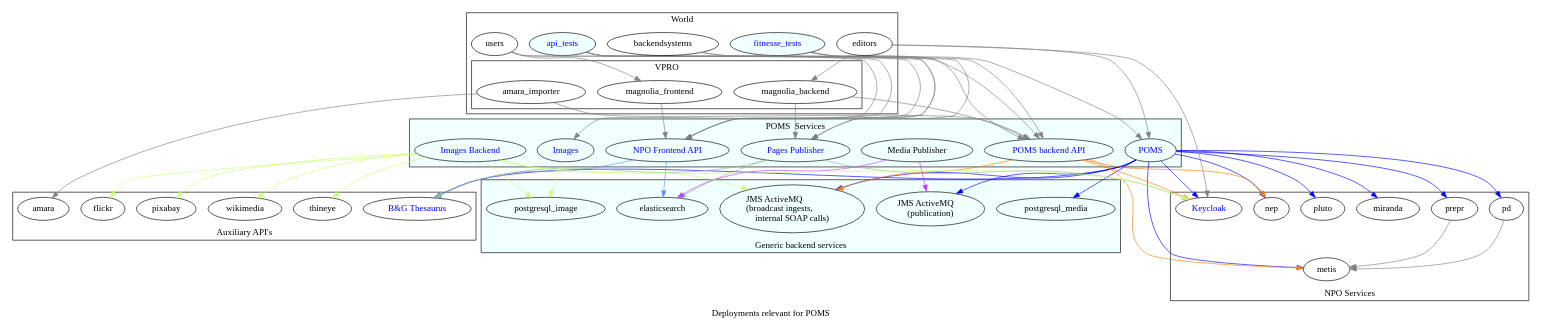
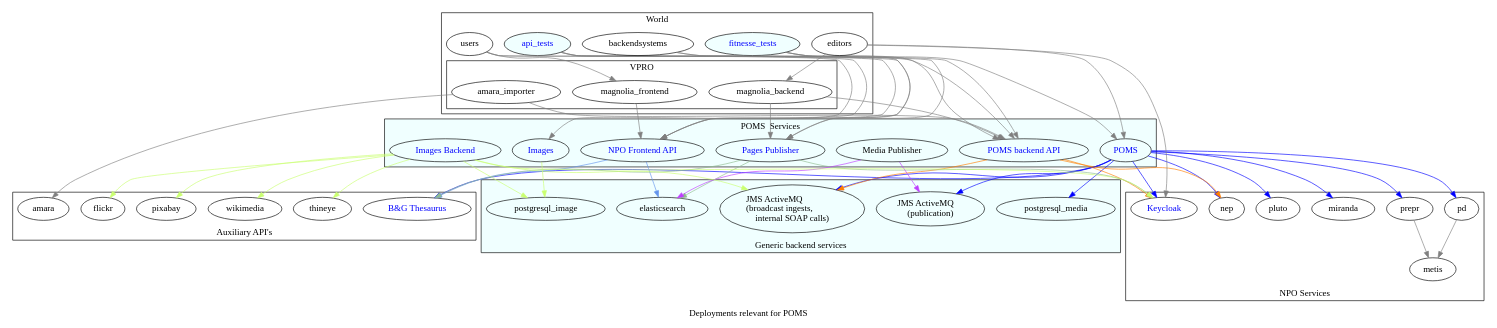
The diagram in poms-deployment.dot (npo-poms/poms-parent), drawn with Graphviz before and after one commit. The commit also changed 2 other files, not shown here.

Commit message:
we dont used metis anymore

```diff
--- a/poms-deployment.dot
+++ b/poms-deployment.dot
@@ -1,193 +1,191 @@
 digraph poms_universe {
 
     label="Deployments relevant for POMS"
     edge [
       color=gray
     ]
 
     poms [ label="POMS" href="https://poms.omroep.nl/" fontcolor=blue ]
     poms_backend [ label="POMS backend API" href="https://api.poms.omroep.nl/" fontcolor=blue ]
     api [ label = "NPO Frontend API" href="https://rs.poms.omroep.nl/" fontcolor=blue ]
     pages_publish [ label = "Pages Publisher"     href="https://publish.pages.omroep.nl/" fontcolor=blue ]
     media_publish [ label = "Media Publisher" ]
     images_frontend [ label = "Images" href="https://images.poms.omroep.nl" fontcolor=blue]
     images_backend [ label = "Images Backend" href="https://poms.omroep.nl/images/" fontcolor=blue ]
     gtaa [ label ="B&G Thesaurus"  href="http://gtaa.beeldengeluid.nl/" fontcolor=blue]
     thineye
     api_tests [
        fillcolor=azure
        style=filled
        href="https://git.vpro.nl/npo/test/api-tests/pipelines"
        fontcolor="blue"
     ]
 
     fitnesse_tests [
        fillcolor=azure
        style=filled
        href="https://jenkins.vpro.nl/view/POMS/job/POMS-Fitnesse-Tests/"
        fontcolor="blue"
     ]
 
     subgraph cluster_0  {
       label="Generic backend services"
       labelloc=b
       bgcolor=azure
       postgresql_media
       postgresql_image
       elasticsearch
       jms_ingest [ label = "JMS ActiveMQ\l(broadcast ingests,\linternal SOAP calls)" ]
       jms_publish [ label = "JMS ActiveMQ\l(publication)" ]
     }
 
 
 subgraph cluster_3  {
   label="World"
   users
   backendsystems
   editors
   api_tests
   fitnesse_tests
 subgraph cluster_2  {
   label="VPRO"
   magnolia_frontend
   magnolia_backend
   amara_importer
 }
 
 }
 subgraph cluster_4  {
   label="POMS  Services"
   bgcolor=azure
   poms
   poms_backend
   pages_publish
   media_publish
   api
   images_frontend
   images_backend
 }
 
 subgraph cluster_5  {
   label="NPO Services"
   labelloc=b
   metis
   pd
   prepr
   miranda
   pluto
   nep
   keycloak [ label = "Keycloak" href="https://ident.poms.omroep.nl/auth/" fontcolor=blue]
 }
 
 subgraph cluster_6 {
   label="Auxiliary API's"
   labelloc=b
   gtaa
   thineye
   wikimedia
   pixabay
   flickr
   amara
 }
 
 editors -> {
   magnolia_backend
   poms
   keycloak
 }
 
 users -> {
   magnolia_frontend
   api
   images_frontend
 }
 
 backendsystems -> {
   poms_backend
   pages_publish
 }
 
 poms -> {
   postgresql_media
   jms_publish
   jms_ingest
   keycloak
   miranda
   prepr
   pd
-  metis
   pluto
   nep
   gtaa
 }[color=blue]
 
 poms_backend -> {
   jms_ingest
-  metis
   nep
   keycloak
 }[color=darkorange1]
 
 api -> {
   elasticsearch
   gtaa
 }[color=cornflowerblue]
 
 pages_publish-> {
   elasticsearch
   keycloak
   gtaa
 }[color=darkseagreen]
 
 media_publish -> {
   elasticsearch
   jms_publish
 }[color=darkorchid1]
 
 
 images_frontend -> {
   postgresql_image
 }[color=darkolivegreen1]
 
 images_backend -> {
   postgresql_image
   jms_ingest
   keycloak
   thineye
   wikimedia
   pixabay
   flickr
 }[color=darkolivegreen1]
 
 magnolia_backend -> {
   poms_backend
   pages_publish
 }
 
 magnolia_frontend -> {
   api
 }
 
 prepr -> metis
 pd -> metis
 
 
 api_tests -> {
   poms_backend
   pages_publish
   api
 }
 
 fitnesse_tests -> {
   poms_backend
   poms
   api
 }
 
 
 amara_importer -> {
   poms_backend
   amara
 }
 
 }
```
